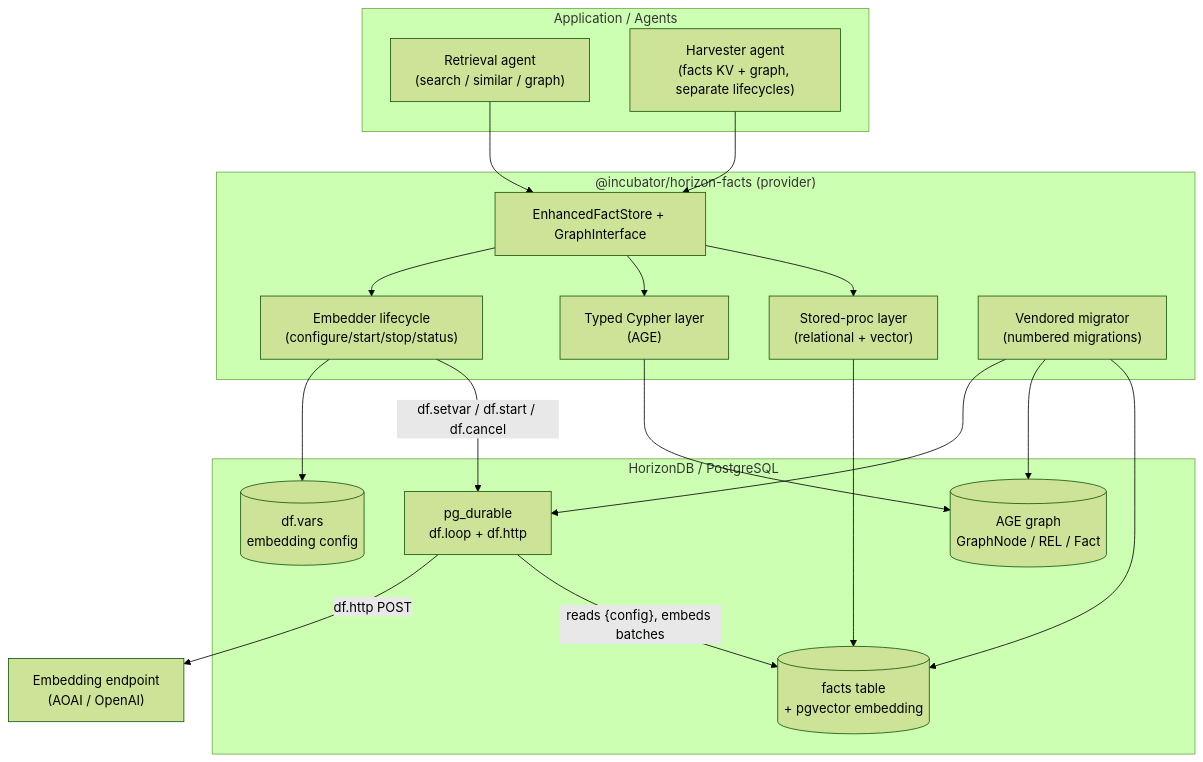
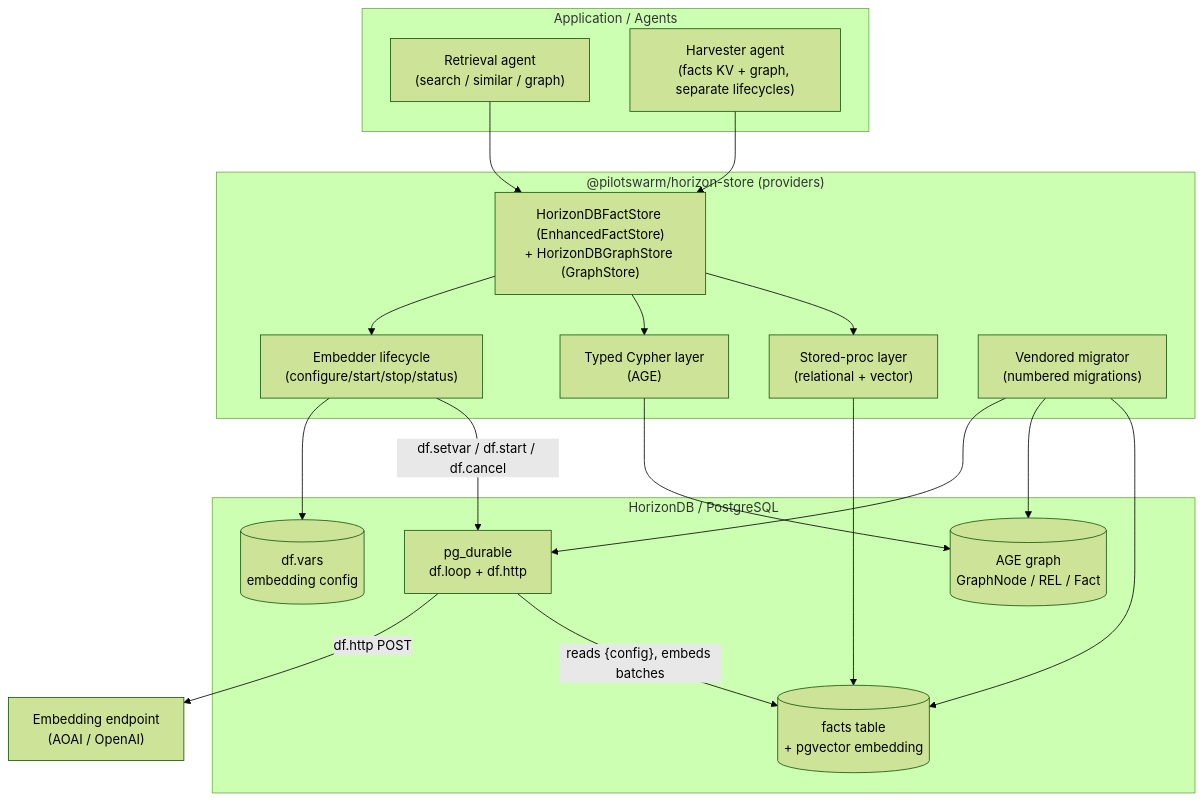
The first of 11 diagrams in docs/proposals/enhancedfactstore/03-design.md (affandar/PilotSwarm), drawn with Mermaid (forest theme) before and after one commit. The commit also changed other lines of this file and 7 other files, not shown here.

````diff
--- a/docs/proposals/enhancedfactstore/03-design.md
+++ b/docs/proposals/enhancedfactstore/03-design.md
@@ -8,35 +17,35 @@
 ```mermaid
 flowchart TB
   subgraph App["Application / Agents"]
     RA["Retrieval agent<br/>(search / similar / graph)"]
     HA["Harvester agent<br/>(facts KV + graph, separate lifecycles)"]
   end
 
-  subgraph Provider["@incubator/horizon-facts (provider)"]
-    API["EnhancedFactStore + GraphInterface"]
+  subgraph Provider["@pilotswarm/horizon-store (providers)"]
+    API["HorizonDBFactStore (EnhancedFactStore)<br/>+ HorizonDBGraphStore (GraphStore)"]
     PROCS["Stored-proc layer<br/>(relational + vector)"]
     GRAPH["Typed Cypher layer<br/>(AGE)"]
     EMB["Embedder lifecycle<br/>(configure/start/stop/status)"]
     MIG["Vendored migrator<br/>(numbered migrations)"]
   end
 
   subgraph DB["HorizonDB / PostgreSQL"]
     FACTS[("facts table<br/>+ pgvector embedding")]
     AGE[("AGE graph<br/>GraphNode / REL / Fact")]
     DUR["pg_durable<br/>df.loop + df.http"]
     VARS[("df.vars<br/>embedding config")]
   end
 
   RA --> API
   HA --> API
   API --> PROCS --> FACTS
   API --> GRAPH --> AGE
   API --> EMB
   EMB -->|"df.setvar / df.start / df.cancel"| DUR
   EMB --> VARS
   DUR -->|"reads {config}, embeds batches"| FACTS
   DUR -->|"df.http POST"| EXT["Embedding endpoint<br/>(AOAI / OpenAI)"]
   MIG --> FACTS
   MIG --> AGE
   MIG --> DUR
 ```
````
